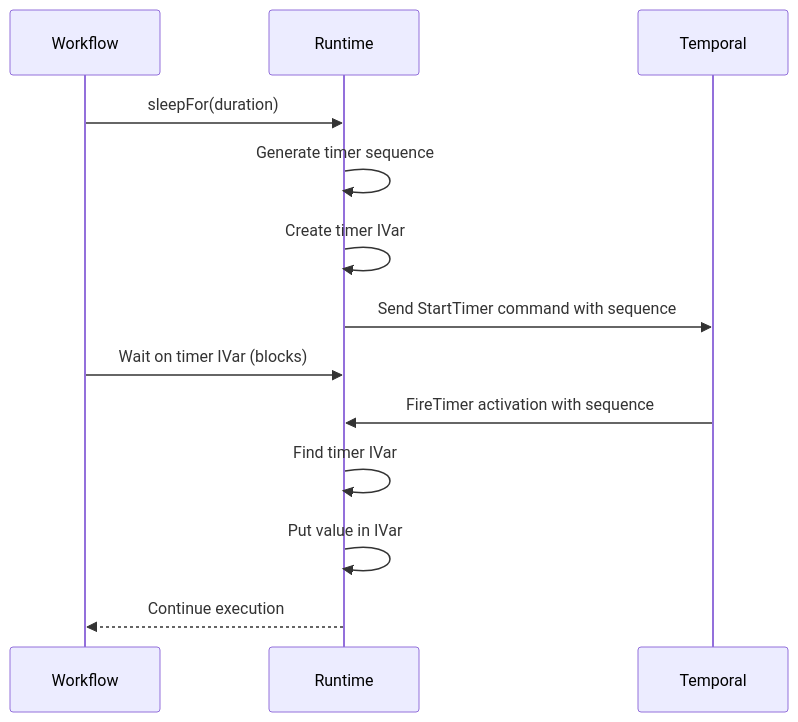
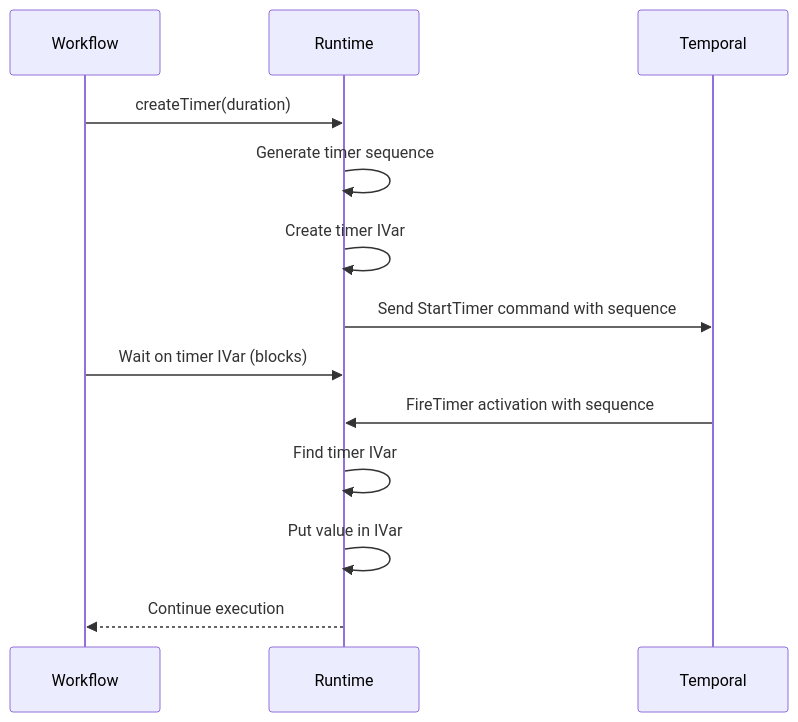
Before and after one commit to MercuryTechnologies/hs-temporal-sdk: the second of 6 diagrams in docs/sequence-management.md, drawn with Mermaid. The commit also changed other lines of this file and 12 other files, not shown here.

````diff
--- a/docs/sequence-management.md
+++ b/docs/sequence-management.md
@@ -130,17 +135,17 @@
 ```mermaid
 sequenceDiagram
     participant W as Workflow
     participant R as Runtime
     participant T as Temporal
 
-    W->>R: sleepFor(duration)
+    W->>R: createTimer(duration)
     R->>R: Generate timer sequence
     R->>R: Create timer IVar
     R->>T: Send StartTimer command with sequence
     W->>R: Wait on timer IVar (blocks)
 
     T->>R: FireTimer activation with sequence
     R->>R: Find timer IVar
     R->>R: Put value in IVar
     R-->>W: Continue execution
 ```
````
